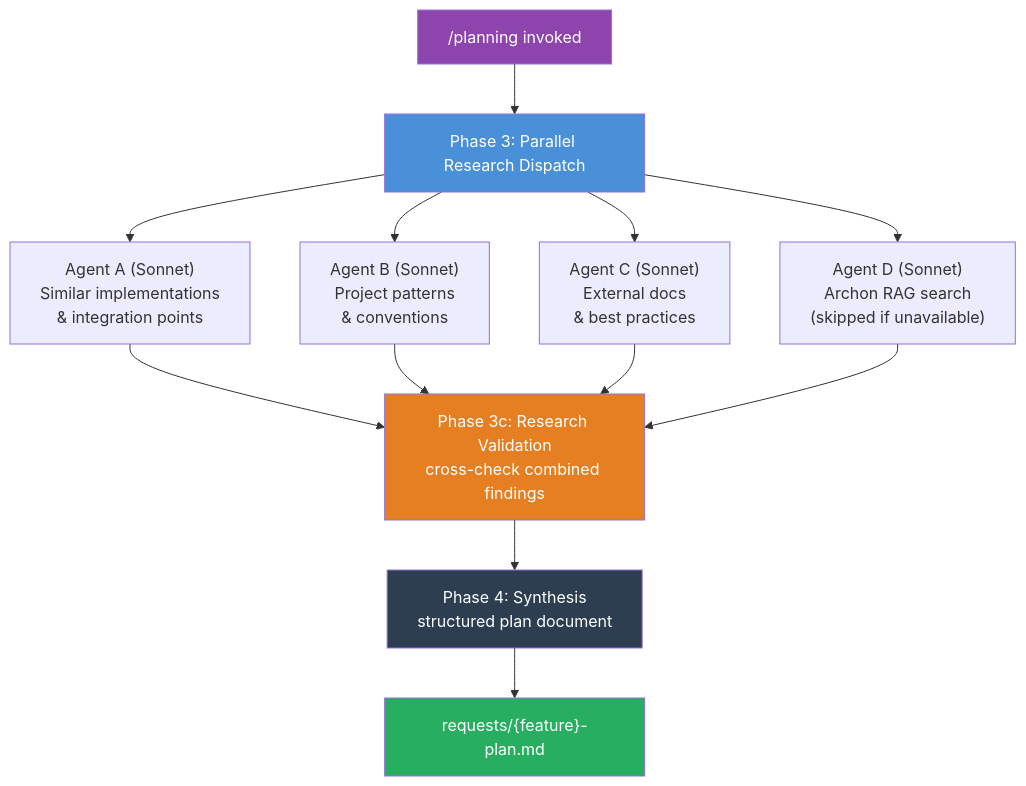
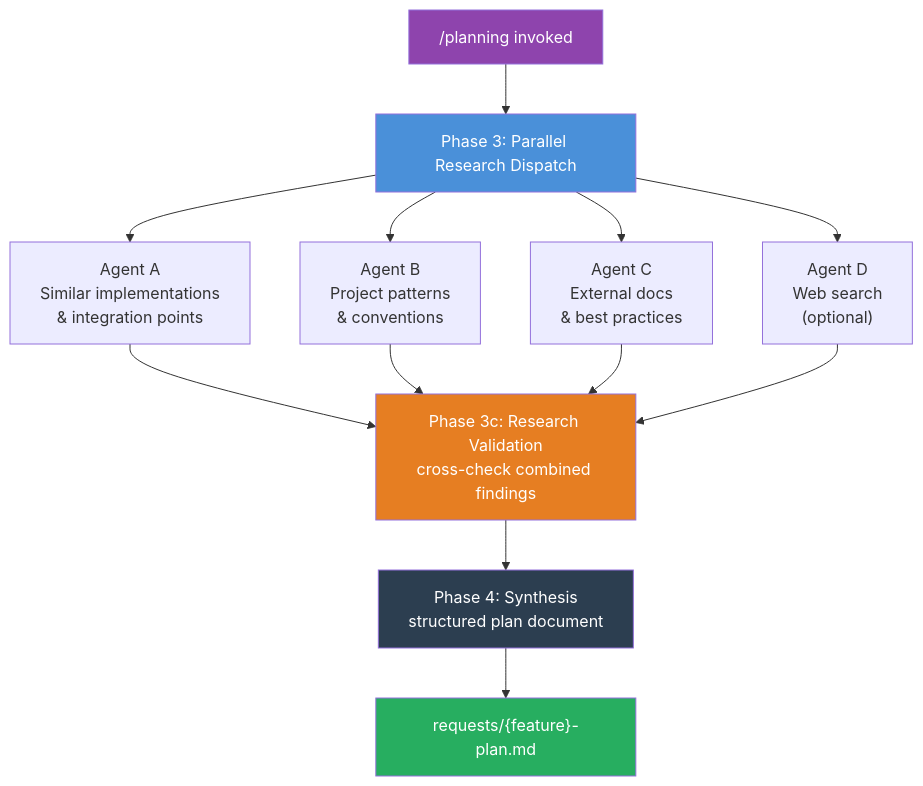
One commit to ryanjosebrosas/original-coding-system-claude changed the sixth of 11 diagrams in README.md. Above: the diagram before and after it, drawn with Mermaid. The commit also changed other lines of this file and 204 other files, not shown here.

````diff
--- a/README.md
+++ b/README.md
@@ -264,19 +348,19 @@
 ```mermaid
 graph TD
     PLAN["/planning invoked"] --> PHASE3["Phase 3: Parallel Research Dispatch"]
 
-    PHASE3 --> A["Agent A (Sonnet)<br/>Similar implementations<br/>& integration points"]
-    PHASE3 --> B["Agent B (Sonnet)<br/>Project patterns<br/>& conventions"]
-    PHASE3 --> C["Agent C (Sonnet)<br/>External docs<br/>& best practices"]
-    PHASE3 --> D["Agent D (Sonnet)<br/>Archon RAG search<br/>(skipped if unavailable)"]
+    PHASE3 --> A["Agent A<br/>Similar implementations<br/>& integration points"]
+    PHASE3 --> B["Agent B<br/>Project patterns<br/>& conventions"]
+    PHASE3 --> C["Agent C<br/>External docs<br/>& best practices"]
+    PHASE3 --> D["Agent D<br/>Web search<br/>(optional)"]
 
     A & B & C & D --> VALIDATE["Phase 3c: Research Validation<br/>cross-check combined findings"]
     VALIDATE --> SYNTH["Phase 4: Synthesis<br/>structured plan document"]
     SYNTH --> OUT["requests/{feature}-plan.md"]
 
     style PLAN fill:#8e44ad,color:#fff
     style PHASE3 fill:#4a90d9,color:#fff
     style VALIDATE fill:#e67e22,color:#fff
     style SYNTH fill:#2c3e50,color:#fff
     style OUT fill:#27ae60,color:#fff
 ```
````
